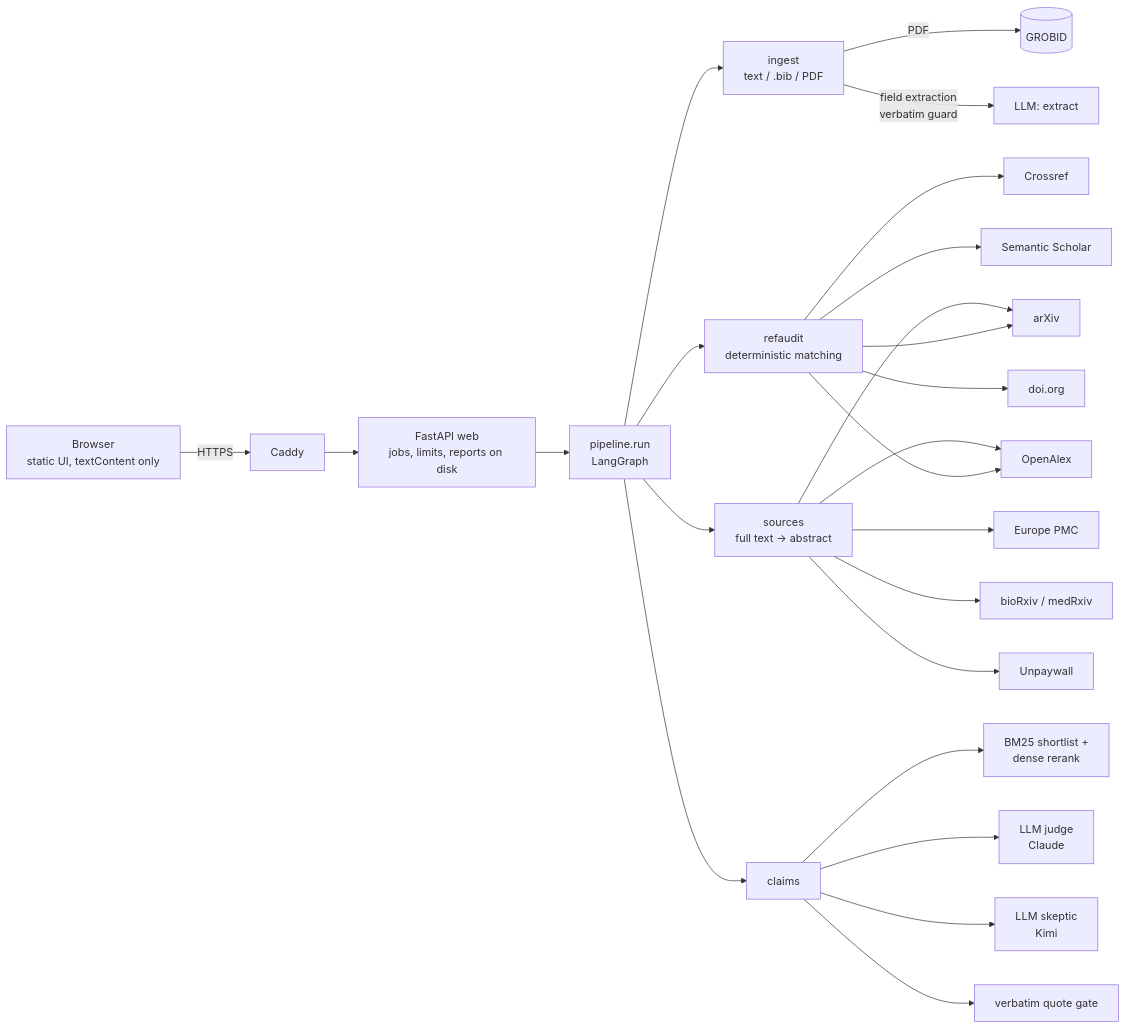
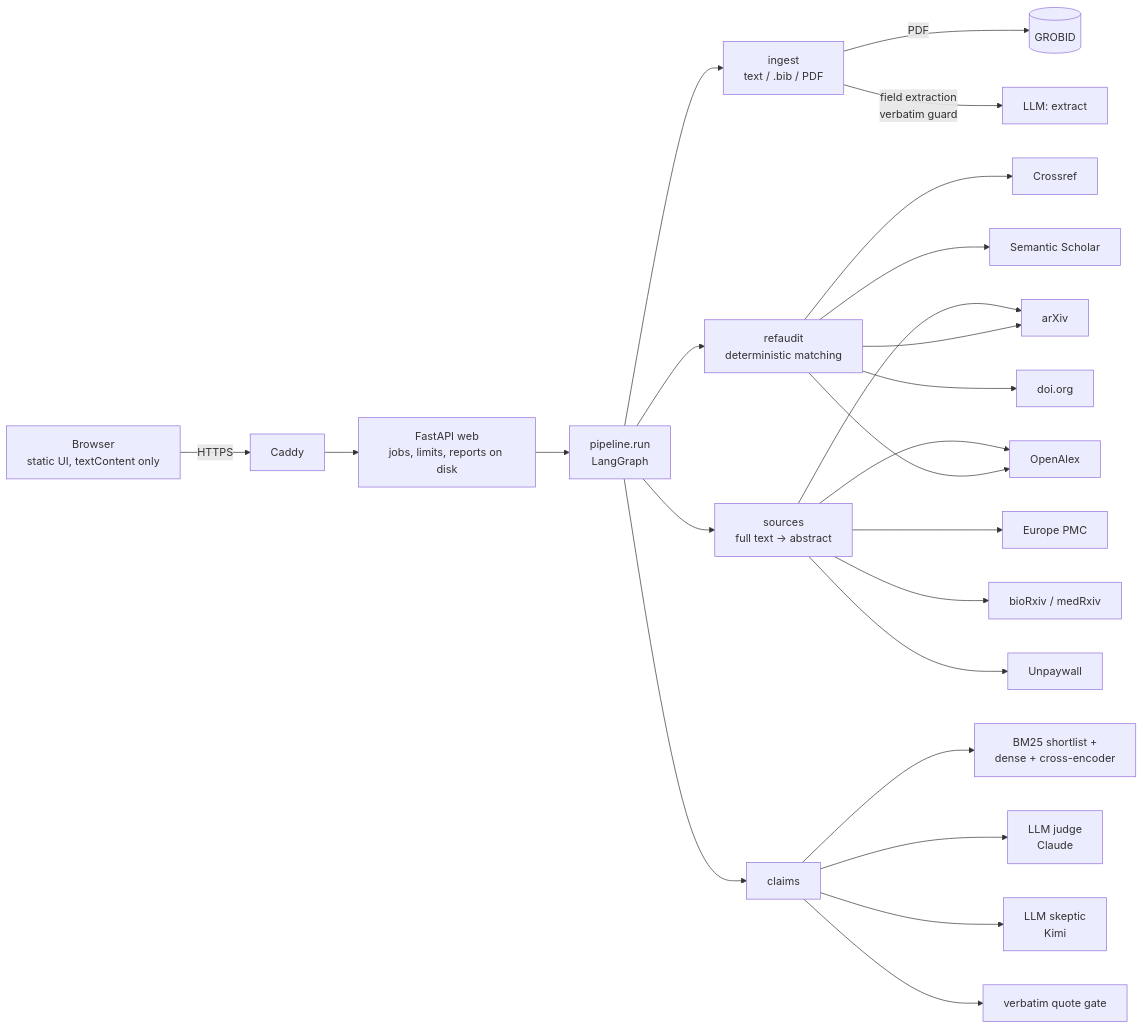
Before and after one commit to IzbassarO/claimtrace: the diagram in README.md, drawn with Mermaid. The commit also changed other lines of this file and 1 other file, not shown here.

Commit message:
docs: rerank results in README; decisions (A2 accepted, A3 not attempted)

````diff
--- a/README.md
+++ b/README.md
@@ -45,18 +45,18 @@
 ```mermaid
 flowchart LR
     U[Browser<br/>static UI, textContent only] -->|HTTPS| C[Caddy]
     C --> W[FastAPI web<br/>jobs, limits, reports on disk]
     W --> P[pipeline.run<br/>LangGraph]
     P --> I[ingest<br/>text / .bib / PDF]
     I -->|PDF| G[(GROBID)]
     I -->|field extraction<br/>verbatim guard| X[LLM: extract]
     P --> R[refaudit<br/>deterministic matching]
     R --> CR[Crossref] & OA[OpenAlex] & AX[arXiv] & S2[Semantic Scholar] & DOI[doi.org]
     P --> S[sources<br/>full text → abstract]
     S --> EP[Europe PMC] & AX & BX[bioRxiv / medRxiv] & UP[Unpaywall] & OA
     P --> CL[claims]
-    CL --> RET[BM25 shortlist +<br/>dense rerank]
+    CL --> RET[BM25 shortlist +<br/>dense + cross-encoder]
     CL --> J[LLM judge<br/>Claude]
     CL --> SK[LLM skeptic<br/>Kimi]
     CL --> Q[verbatim quote gate]
 ```
````
